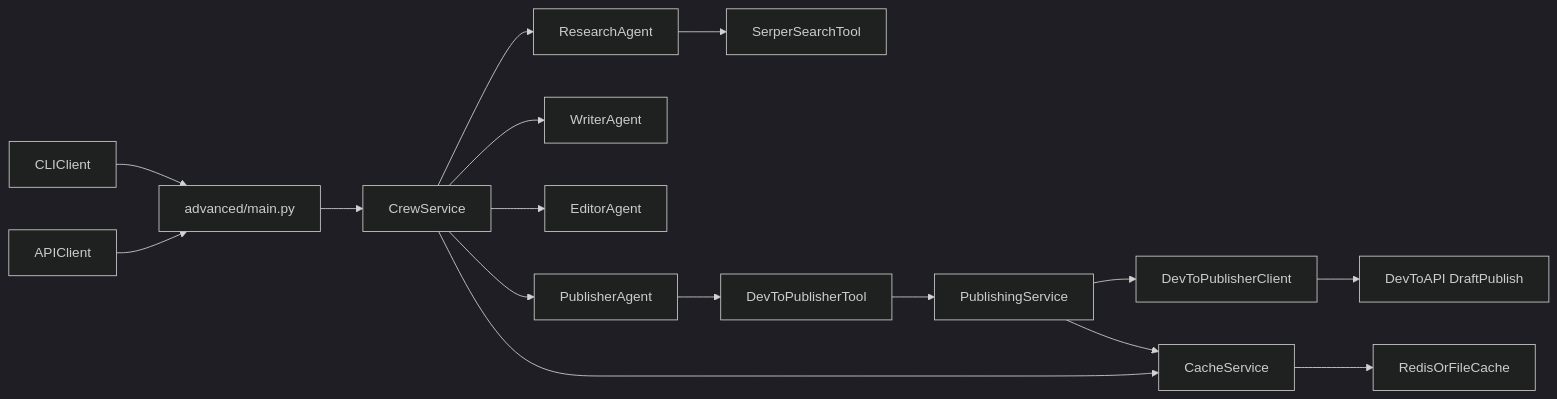
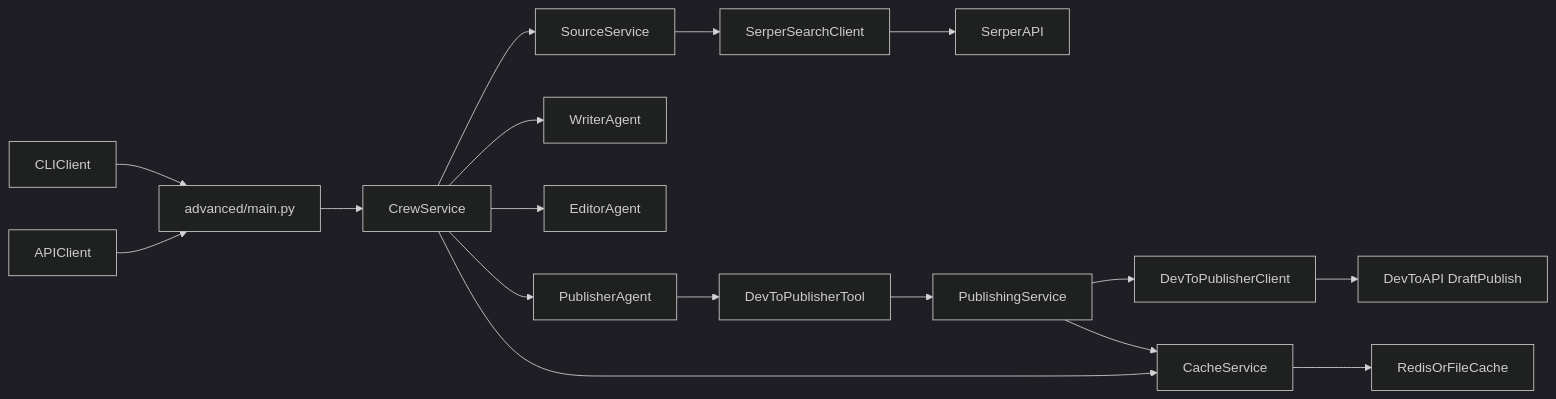
Before and after one commit to satishing/blogging-agent: the diagram in README.md, drawn with Mermaid (dark theme). The commit also changed other lines of this file and 17 other files, not shown here.

````diff
--- a/README.md
+++ b/README.md
@@ -26,18 +26,19 @@
 ```mermaid
 flowchart LR
 cliClient[CLIClient] --> appMain[advanced/main.py]
 apiClient[APIClient] --> appMain
 appMain --> crewService[CrewService]
-crewService --> researchAgent[ResearchAgent]
+crewService --> sourceService[SourceService]
+sourceService --> searchClient[SerperSearchClient]
+searchClient --> serperAPI[SerperAPI]
 crewService --> writerAgent[WriterAgent]
 crewService --> editorAgent[EditorAgent]
 crewService --> publisherAgent[PublisherAgent]
-researchAgent --> searchTool[SerperSearchTool]
 publisherAgent --> publishTool[DevToPublisherTool]
 publishTool --> publishingService[PublishingService]
 publishingService --> devtoClient[DevToPublisherClient]
 devtoClient --> devtoAPI[DevToAPI DraftPublish]
 crewService --> cacheService[CacheService]
 cacheService --> redisOrFile[RedisOrFileCache]
 publishingService --> cacheService
 ```
````
